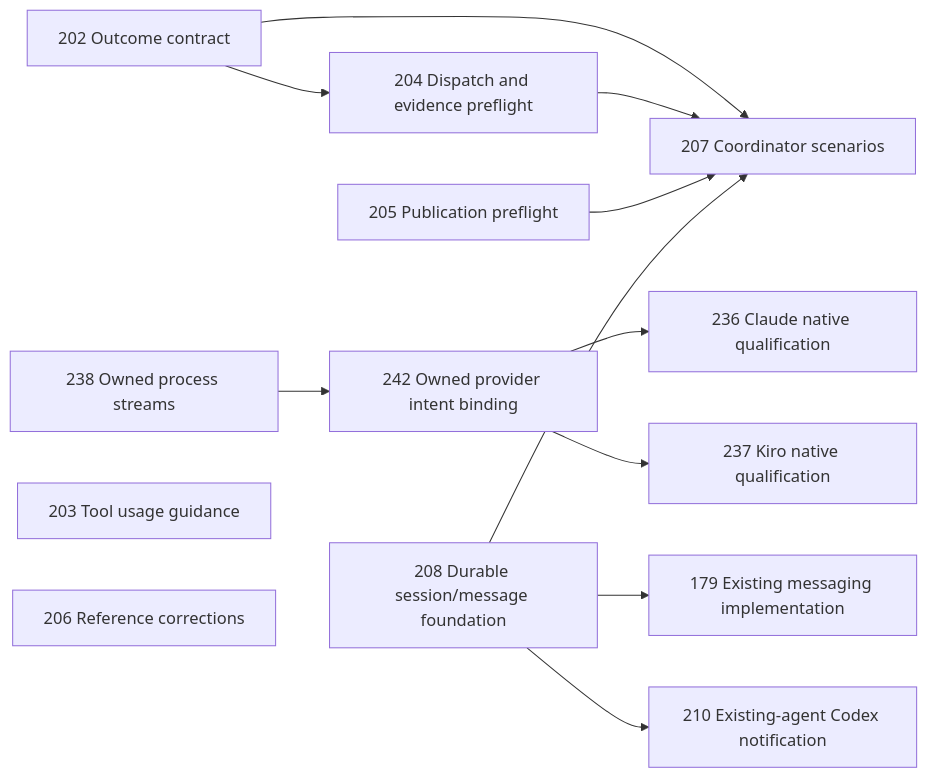
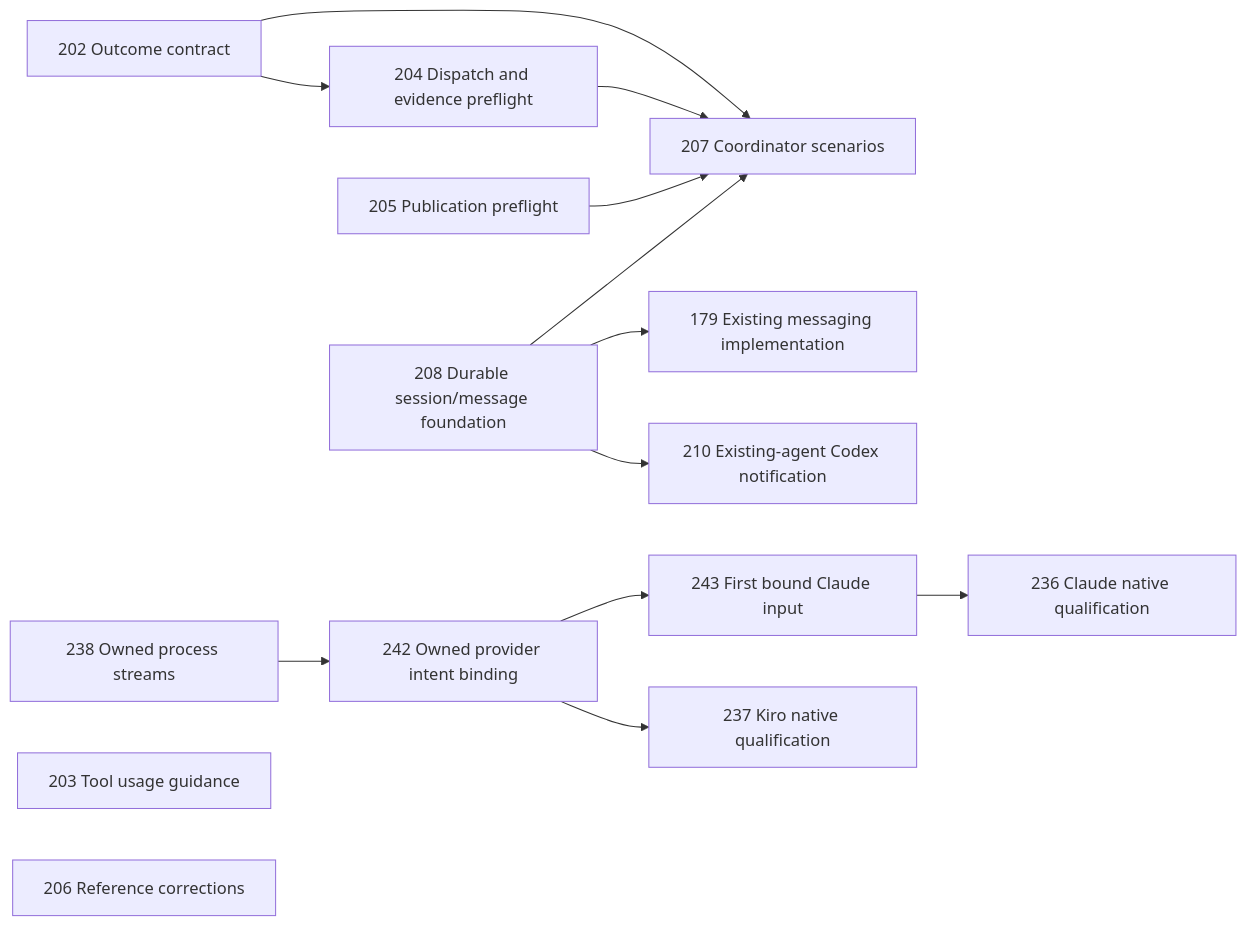
One commit to smileynet/grey-matter changed the first of 2 diagrams in docs/plan.md. Above: the diagram before and after it, drawn with Mermaid. The commit also changed other lines of this file and 19 other files, not shown here.

````diff
--- a/docs/plan.md
+++ b/docs/plan.md
@@ -237,15 +238,16 @@
 ```mermaid
 flowchart LR
   A202[202 Outcome contract] --> A204[204 Dispatch and evidence preflight]
   A202 --> A207[207 Coordinator scenarios]
   A204 --> A207
   A205[205 Publication preflight] --> A207
   A208[208 Durable session/message foundation] --> A179[179 Existing messaging implementation]
   A208 --> A210[210 Existing-agent Codex notification]
   A208 --> A207
   A238[238 Owned process streams] --> A242[242 Owned provider intent binding]
-  A242 --> A236[236 Claude native qualification]
+  A242 --> A243[243 First bound Claude input]
+  A243 --> A236[236 Claude native qualification]
   A242 --> A237[237 Kiro native qualification]
   A203[203 Tool usage guidance]
   A206[206 Reference corrections]
 ```
````
